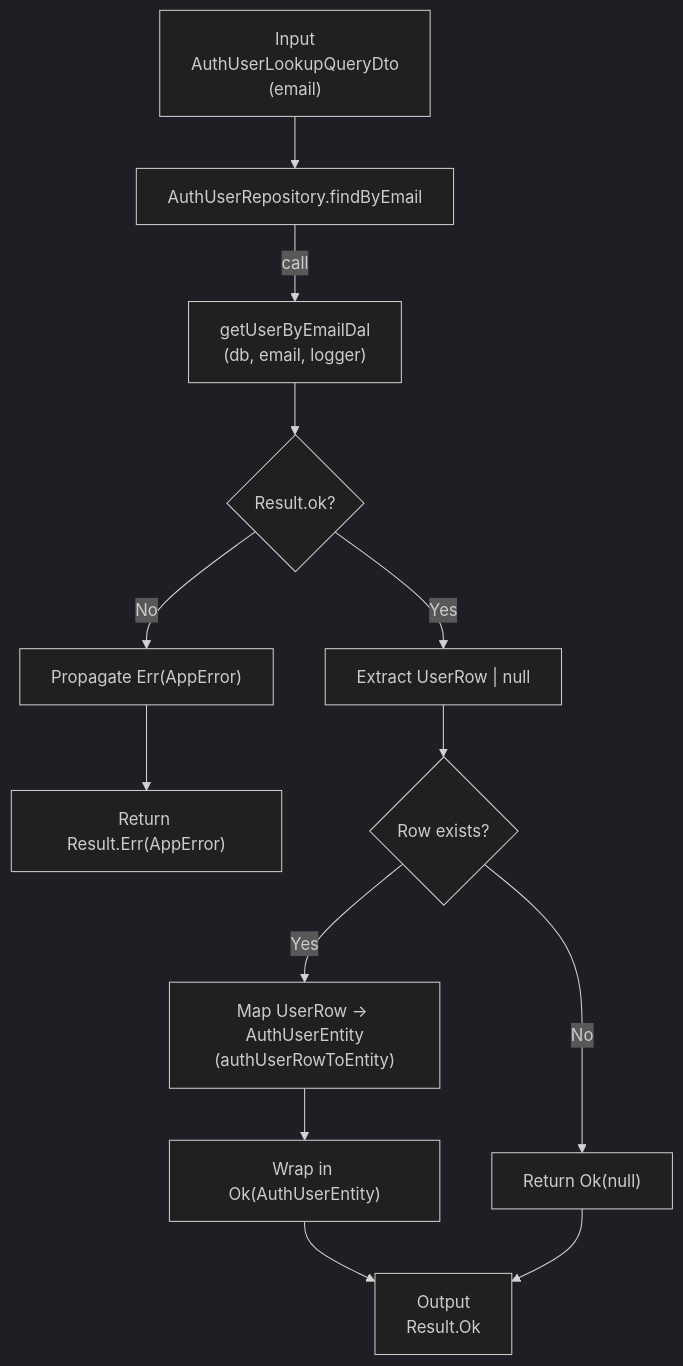
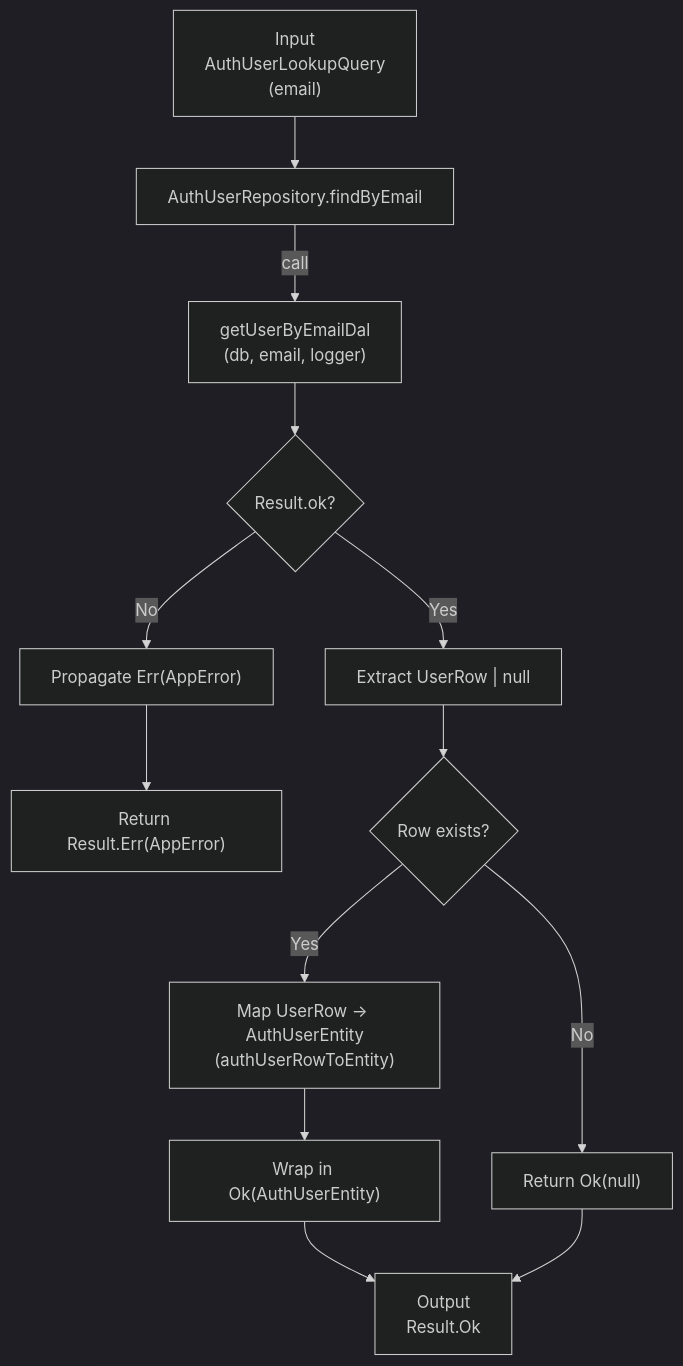
The fifth of 6 diagrams in src/modules/auth/notes/flowcharts.md (andrewpetersondev/nextjs-dashboard), drawn with Mermaid (dark theme) before and after one commit. The commit also changed other lines of this file and 22 other files, not shown here.

Commit message:
refactored auth workflows to use command objects, standardized DTO naming conventions, and updated related mappers, adapters, and references

````diff
--- a/src/modules/auth/notes/flowcharts.md
+++ b/src/modules/auth/notes/flowcharts.md
@@ -182,32 +187,32 @@
 ```mermaid
 flowchart TD
 %% Inputs
-  A["Input<br/>AuthUserLookupQueryDto<br/>(email)"] --> B[AuthUserRepository.findByEmail]
+  A["Input<br/>AuthUserLookupQuery<br/>(email)"] --> B[AuthUserRepository.findByEmail]
 
 %% DAL call
 B -->|call| C["getUserByEmailDal<br/>(db, email, logger)"]
 
 %% DAL result decision
 C --> D{Result.ok?}
 
 %% Error propagation
 D -->|No| E["Propagate Err(AppError)"]
 E --> Z["Return Result.Err(AppError)"]
 
 %% Success path
 D -->|Yes| F["Extract UserRow | null"]
 
 %% User existence decision
 F --> G{Row exists?}
 
 %% Mapping path
 G -->|Yes| H["Map UserRow → AuthUserEntity<br/>(authUserRowToEntity)"]
 H --> I["Wrap in Ok(AuthUserEntity)"]
 
 %% Null passthrough
 G -->|No| J["Return Ok(null)"]
 
 %% Outputs
 I --> K["Output<br/>Result.Ok<AuthUserEntity | null>"]
 J --> K
 ```
````
